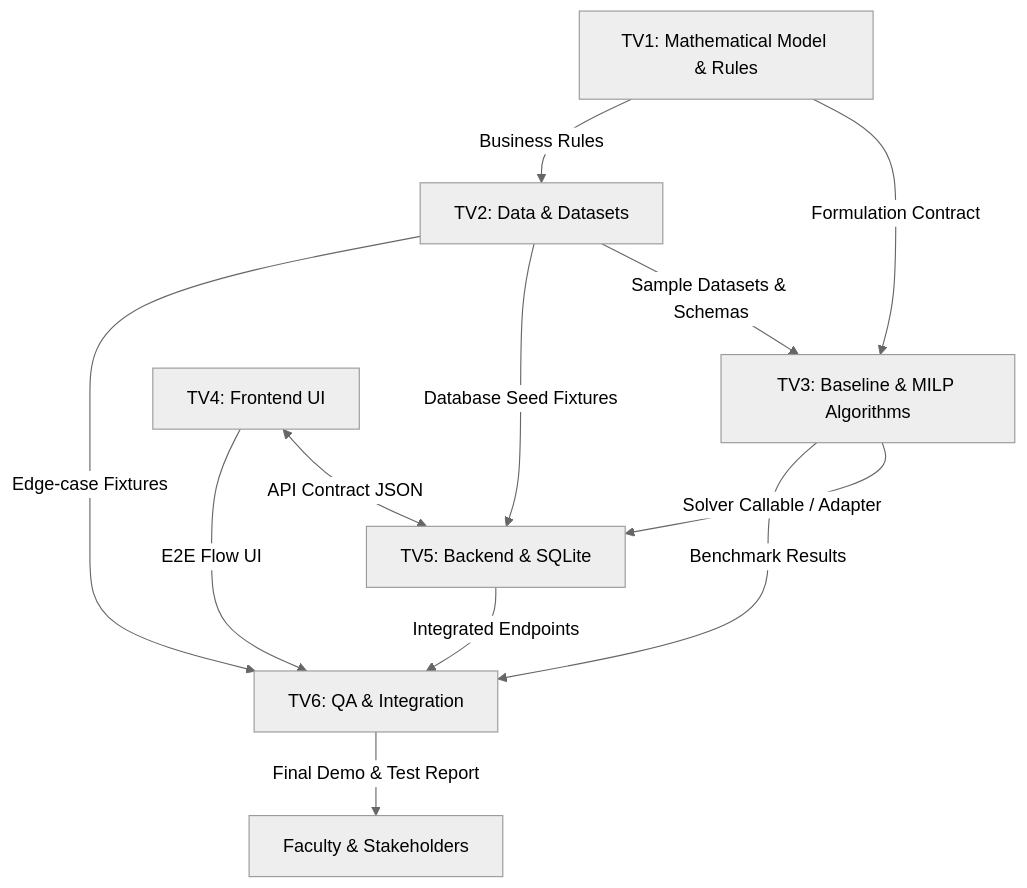
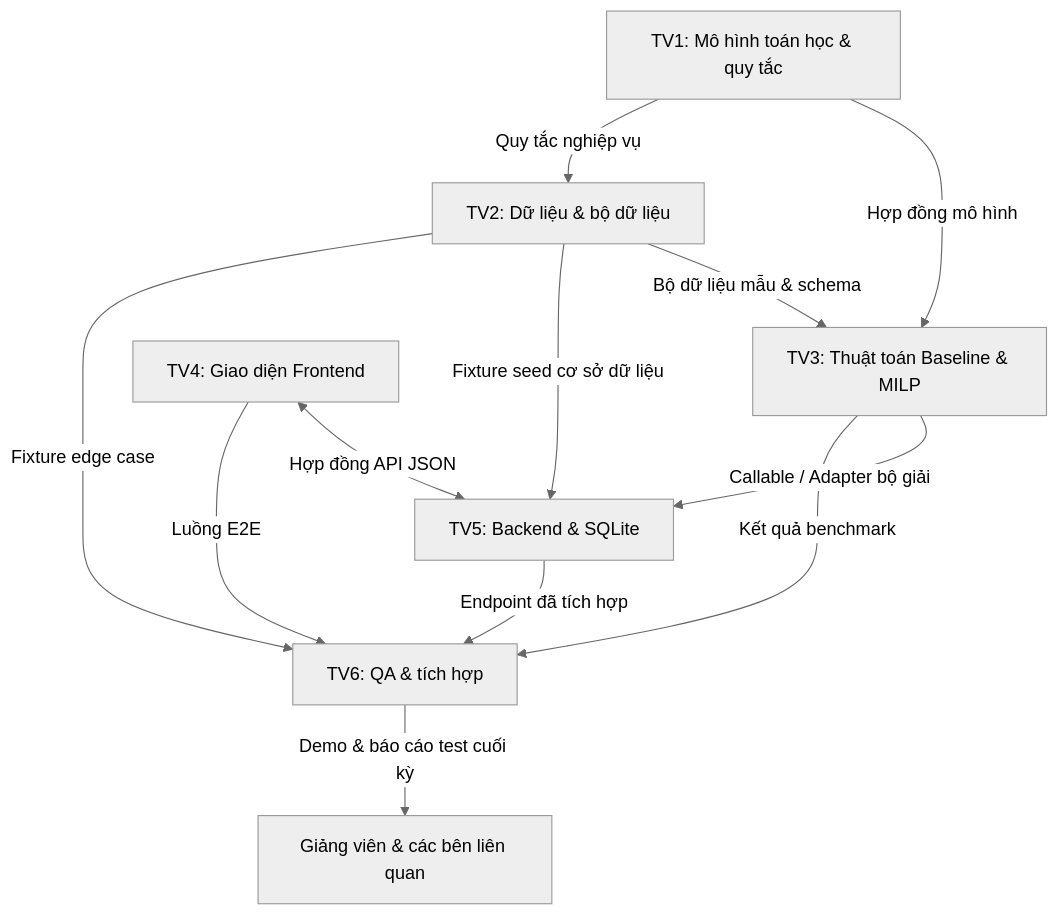
Before and after one commit to NTbankey1/LogiMind: the diagram in docs/integration-guide.md, drawn with Mermaid (neutral theme). The commit also changed other lines of this file and 23 other files, not shown here.

````diff
--- a/docs/integration-guide.md
+++ b/docs/integration-guide.md
@@ -23,19 +19,19 @@
 ```mermaid
 flowchart TD
-    TV1["TV1: Mathematical Model & Rules"] -->|Formulation Contract| TV3["TV3: Baseline & MILP Algorithms"]
-    TV1 -->|Business Rules| TV2["TV2: Data & Datasets"]
-    
-    TV2 -->|Sample Datasets & Schemas| TV3
-    TV2 -->|Database Seed Fixtures| TV5["TV5: Backend & SQLite"]
-    TV2 -->|Edge-case Fixtures| TV6["TV6: QA & Integration"]
-    
-    TV3 -->|Solver Callable / Adapter| TV5
-    TV3 -->|Benchmark Results| TV6
-    
-    TV4["TV4: Frontend UI"] <-->|API Contract JSON| TV5
-    
-    TV5 -->|Integrated Endpoints| TV6
-    TV4 -->|E2E Flow UI| TV6
-    
-    TV6 -->|Final Demo & Test Report| Faculty["Faculty & Stakeholders"]
+    TV1["TV1: Mô hình toán học & quy tắc"] -->|Hợp đồng mô hình| TV3["TV3: Thuật toán Baseline & MILP"]
+    TV1 -->|Quy tắc nghiệp vụ| TV2["TV2: Dữ liệu & bộ dữ liệu"]
+
+    TV2 -->|Bộ dữ liệu mẫu & schema| TV3
+    TV2 -->|Fixture seed cơ sở dữ liệu| TV5["TV5: Backend & SQLite"]
+    TV2 -->|Fixture edge case| TV6["TV6: QA & tích hợp"]
+
+    TV3 -->|Callable / Adapter bộ giải| TV5
+    TV3 -->|Kết quả benchmark| TV6
+
+    TV4["TV4: Giao diện Frontend"] <-->|Hợp đồng API JSON| TV5
+
+    TV5 -->|Endpoint đã tích hợp| TV6
+    TV4 -->|Luồng E2E| TV6
+
+    TV6 -->|Demo & báo cáo test cuối kỳ| Faculty["Giảng viên & các bên liên quan"]
 ```
````
